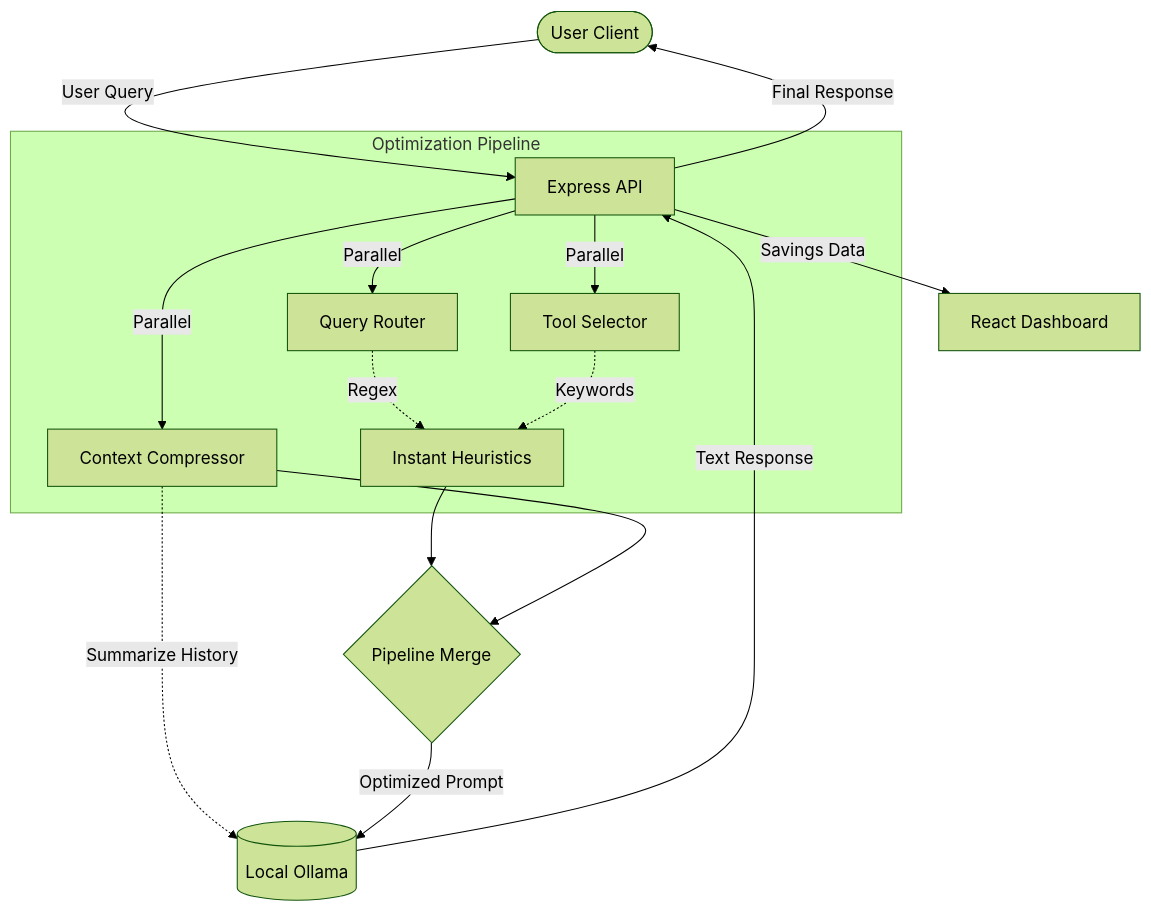
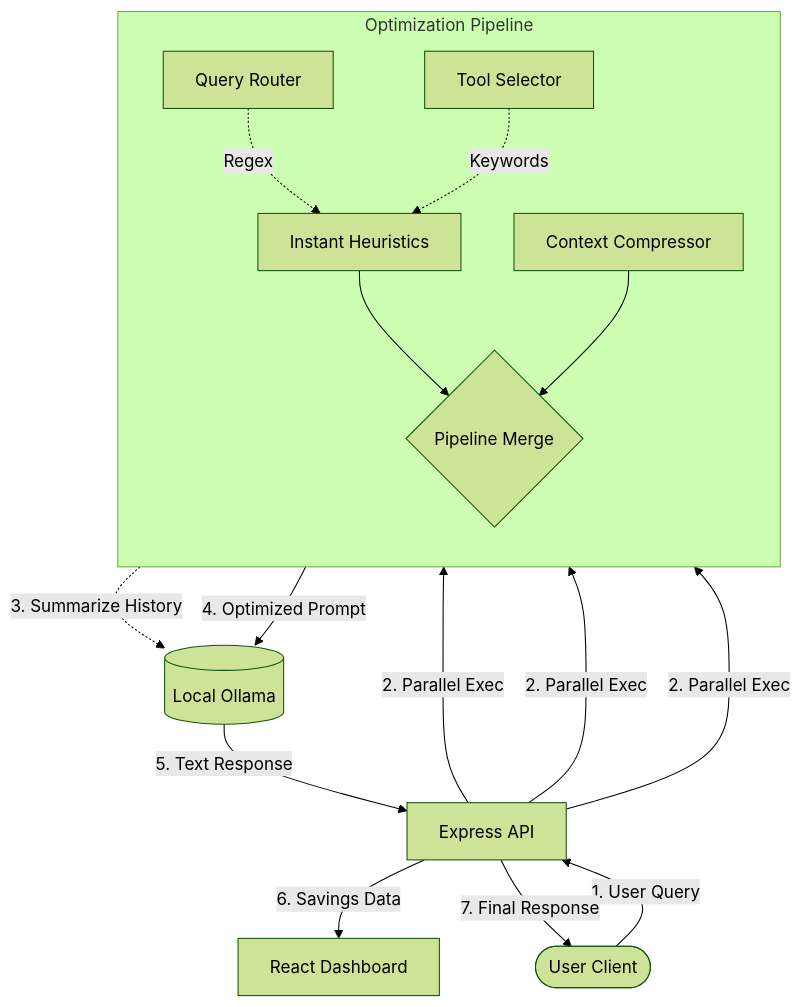
The diagram in README.md (snklp-23/LLM-token-optimiser), drawn with Mermaid (forest theme) before and after one commit.

````diff
--- a/README.md
+++ b/README.md
@@ -32,23 +32,32 @@
 ```mermaid
 graph TD
-    User([User Client]) --> |User Query| API[Express API]
+    User([User Client]) -->|1. User Query| API[Express API]
     
     subgraph Optimization Pipeline
-        API --> |Parallel| Router[Query Router]
-        API --> |Parallel| Tools[Tool Selector]
-        API --> |Parallel| Compressor[Context Compressor]
+        direction TB
+        Router[Query Router]
+        Tools[Tool Selector]
+        Compressor[Context Compressor]
         
-        Router -.-> |Regex| FastLogic[Instant Heuristics]
-        Tools -.-> |Keywords| FastLogic
+        FastLogic[Instant Heuristics]
+        Assembler{Pipeline Merge}
+        
+        Router -.->|Regex| FastLogic
+        Tools -.->|Keywords| FastLogic
+        
+        FastLogic --> Assembler
+        Compressor --> Assembler
     end
+
+    API -->|2. Parallel Exec| Router
+    API -->|2. Parallel Exec| Tools
+    API -->|2. Parallel Exec| Compressor
     
-    FastLogic --> Assembler{Pipeline Merge}
-    Compressor -.-> |Summarize History| Ollama[(Local Ollama)]
-    Compressor --> Assembler
+    Compressor -.->|3. Summarize History| Ollama[(Local Ollama)]
+    Assembler -->|4. Optimized Prompt| Ollama
     
-    Assembler --> |Optimized Prompt| Ollama
-    Ollama --> |Text Response| API
+    Ollama -->|5. Text Response| API
     
-    API --> |Savings Data| Dashboard[React Dashboard]
-    API --> |Final Response| User
+    API -->|6. Savings Data| Dashboard[React Dashboard]
+    API -->|7. Final Response| User
 ```
````
